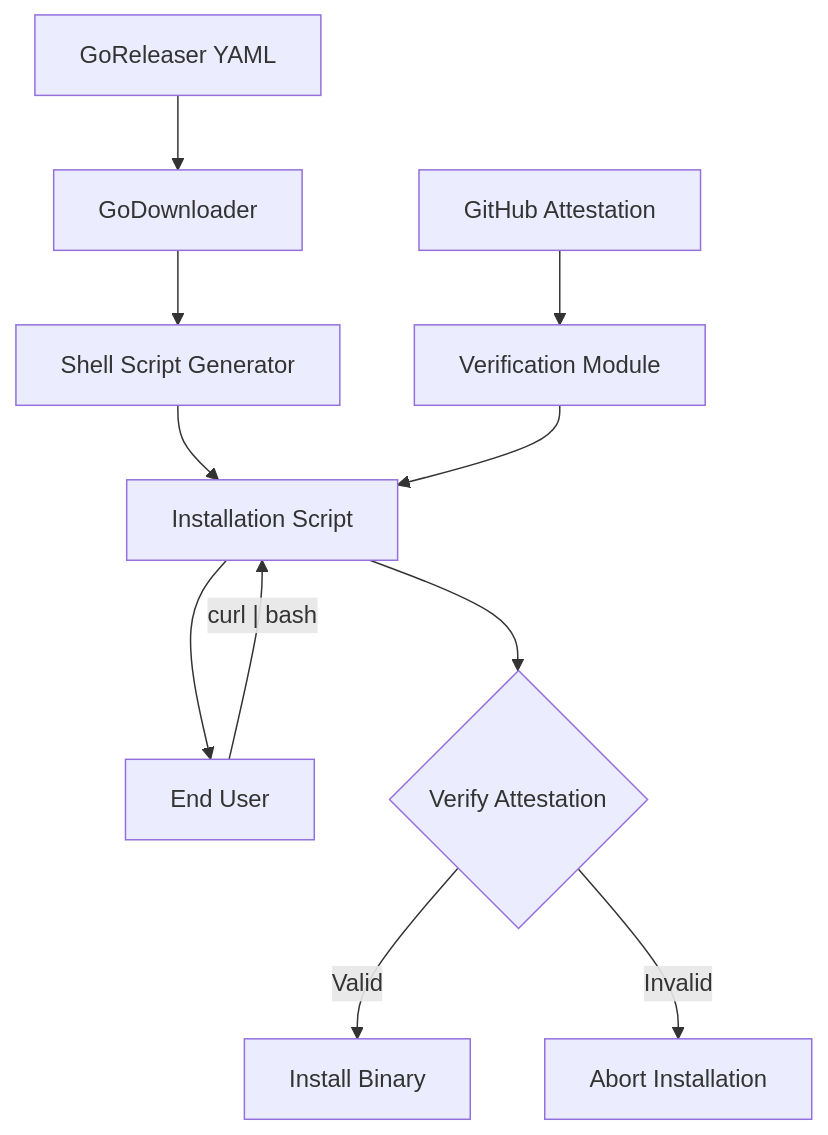
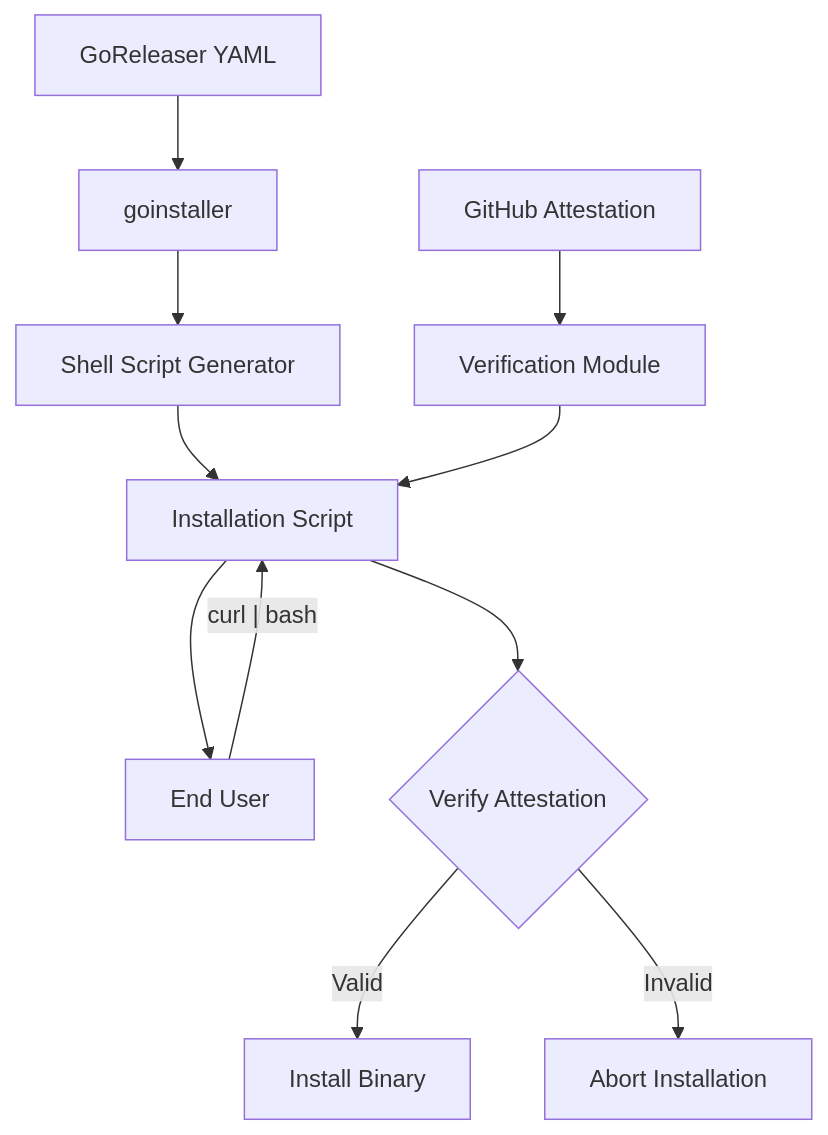
One commit to haya14busa/binstaller changed the second of 3 diagrams in docs/design/overview.md. Above: the diagram before and after it, drawn with Mermaid. The commit also changed other lines of this file and 2 other files, not shown here.

Commit message:
docs: Rename project to goinstaller

````diff
--- a/docs/design/overview.md
+++ b/docs/design/overview.md
@@ -50,13 +50,13 @@
 ```mermaid
 flowchart TD
-    A[GoReleaser YAML] --> B[GoDownloader]
+    A[GoReleaser YAML] --> B[goinstaller]
     B --> C[Shell Script Generator]
     C --> D[Installation Script]
     D --> E[End User]
     E -- "curl | bash" --> D
     F[GitHub Attestation] --> G[Verification Module]
     G --> D
     D --> H{Verify Attestation}
     H -- "Valid" --> I[Install Binary]
     H -- "Invalid" --> J[Abort Installation]
 ```
````
